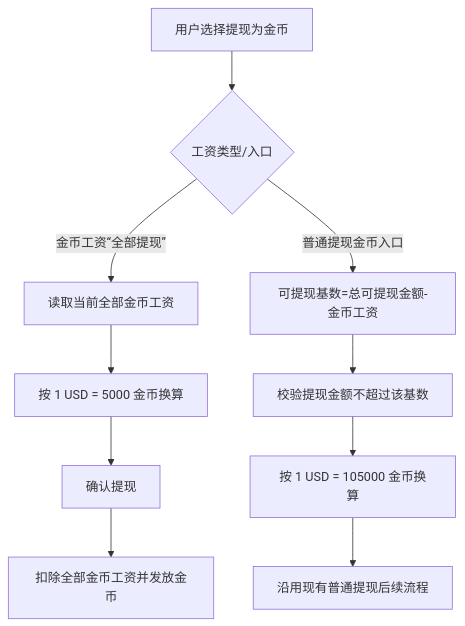
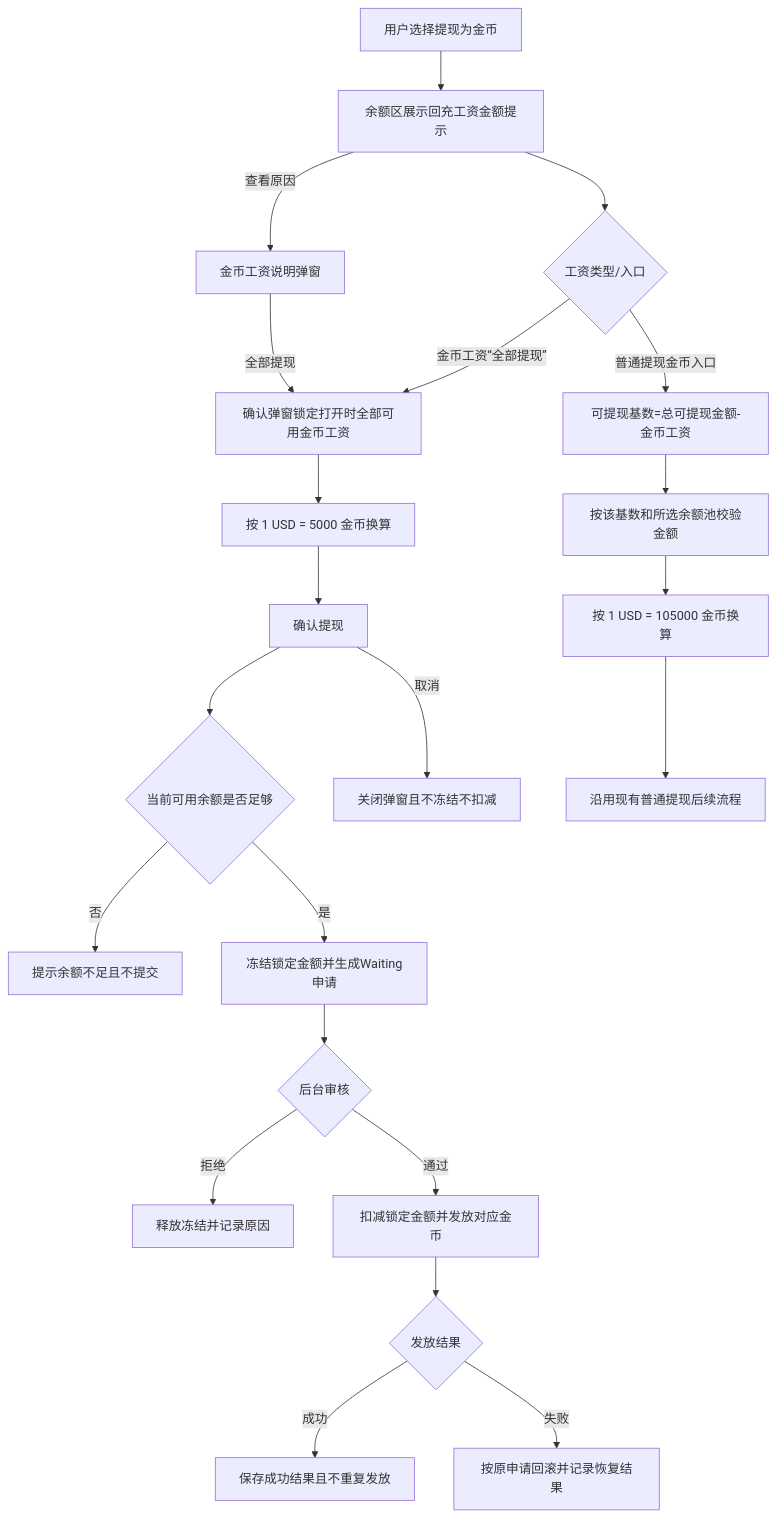
The fourth of 4 diagrams in 公会1.3增量需求文档.md (kocekid/TOPKHALIJ_GUILD_1.3), drawn with Mermaid before and after one commit. The commit also changed other lines of this file and 4 other files, not shown here.

````diff
--- a/公会1.3增量需求文档.md
+++ b/公会1.3增量需求文档.md
@@ -788,12 +863,24 @@
 ```mermaid
 flowchart TD
-    A[用户选择提现为金币] --> B{工资类型/入口}
-    B -->|金币工资“全部提现”| C[读取当前全部金币工资]
+    A[用户选择提现为金币] --> A1[余额区展示回充工资金额提示]
+    A1 --> B{工资类型/入口}
+    A1 -->|查看原因| A2[金币工资说明弹窗]
+    A2 -->|全部提现| C
+    B -->|金币工资“全部提现”| C[确认弹窗锁定打开时全部可用金币工资]
     C --> D[按 1 USD = 5000 金币换算]
     D --> E[确认提现]
-    E --> F[扣除全部金币工资并发放金币]
+    E --> F{当前可用余额是否足够}
+    F -->|否| F1[提示余额不足且不提交]
+    F -->|是| F2[冻结锁定金额并生成Waiting申请]
+    F2 --> F3{后台审核}
+    F3 -->|拒绝| F4[释放冻结并记录原因]
+    F3 -->|通过| F5[扣减锁定金额并发放对应金币]
+    F5 --> F6{发放结果}
+    F6 -->|成功| F7[保存成功结果且不重复发放]
+    F6 -->|失败| F8[按原申请回滚并记录恢复结果]
+    E -->|取消| F9[关闭弹窗且不冻结不扣减]
     B -->|普通提现金币入口| G[可提现基数=总可提现金额-金币工资]
-    G --> H[校验提现金额不超过该基数]
+    G --> H[按该基数和所选余额池校验金额]
     H --> I[按 1 USD = 105000 金币换算]
     I --> J[沿用现有普通提现后续流程]
 ```
````
